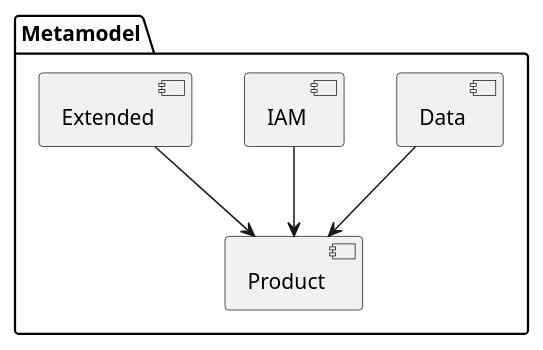
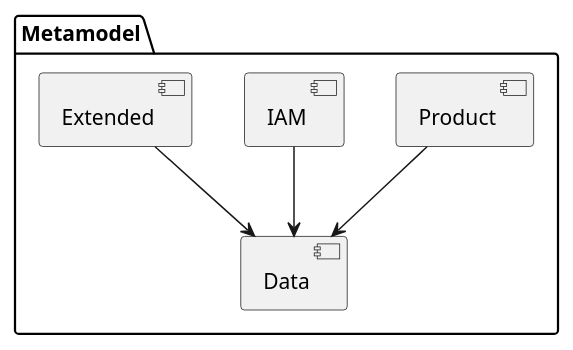
The diagram in code/doc/puml/src/overview.puml (sogis/simi), drawn with PlantUML before and after one commit. The commit also changed 3 other files, not shown here.

```diff
--- a/code/doc/puml/src/overview.puml
+++ b/code/doc/puml/src/overview.puml
@@ -1,13 +1,13 @@
 @startuml
 package Metamodel {
   [Product] as prod
   [Data] as data
   [IAM] as iam
   [Extended] as ext
 }
 
 
-data --> prod
-iam --> prod
-ext --> prod
+prod --> data
+iam --> data
+ext --> data
 @enduml
```
